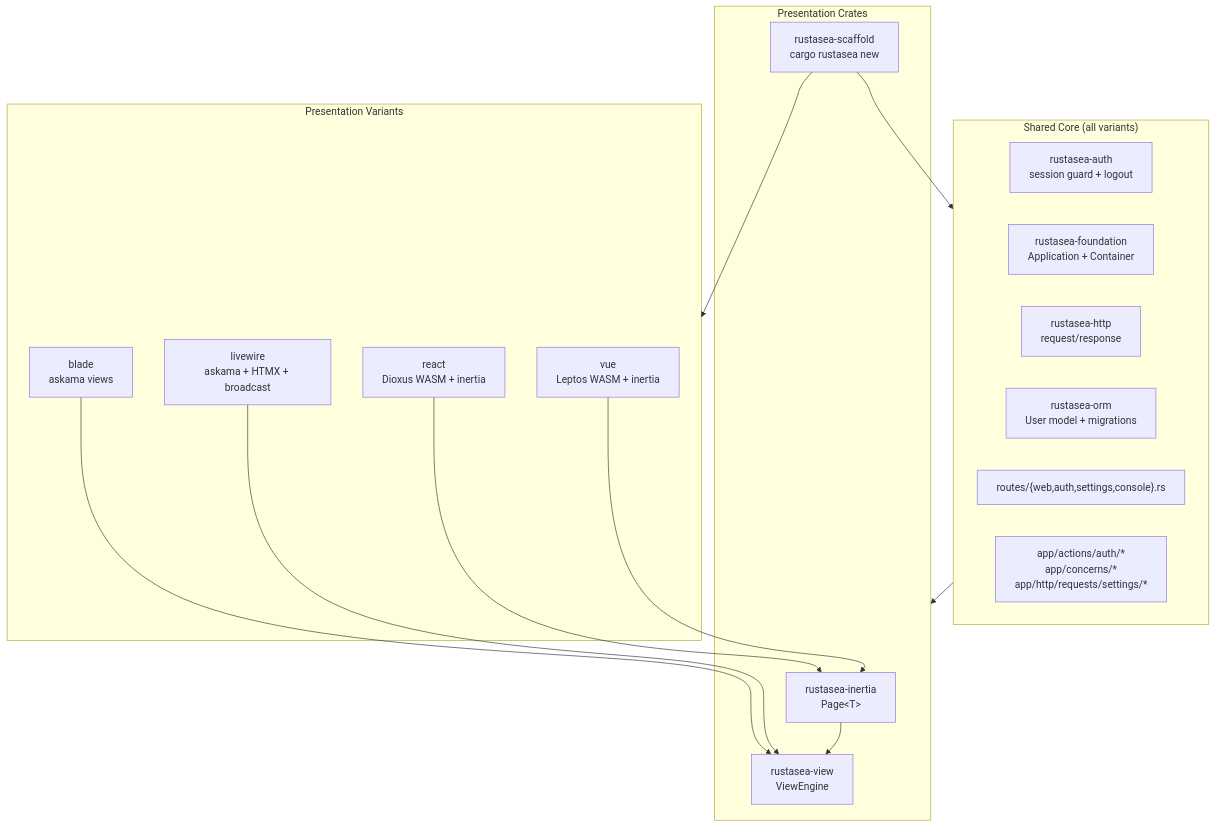
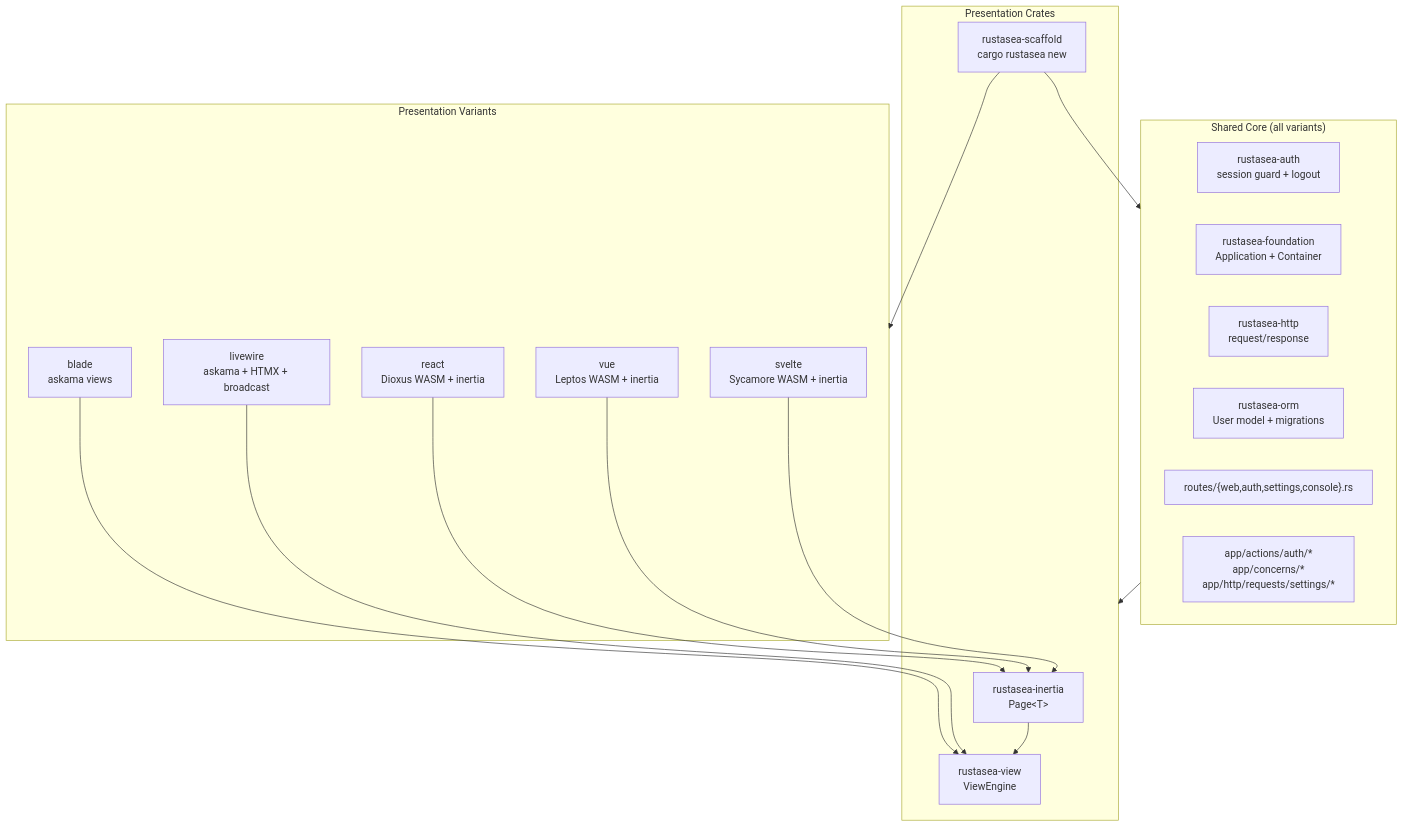
Before and after one commit to Mulyawan-ts/rustasea: the first of 2 diagrams in .agents/documents/design/starter-kit-architecture.md, drawn with Mermaid. The commit also changed other lines of this file and 9 other files, not shown here.

````diff
--- a/.agents/documents/design/starter-kit-architecture.md
+++ b/.agents/documents/design/starter-kit-architecture.md
@@ -47,30 +49,32 @@
 ```mermaid
 flowchart TB
   subgraph core["Shared Core (all variants)"]
     AUTH["rustasea-auth<br/>session guard + logout"]
     FND["rustasea-foundation<br/>Application + Container"]
     HTTP["rustasea-http<br/>request/response"]
     ORM["rustasea-orm<br/>User model + migrations"]
     ROUTES["routes/{web,auth,settings,console}.rs"]
     ACTIONS["app/actions/auth/*<br/>app/concerns/*<br/>app/http/requests/settings/*"]
   end
   subgraph present["Presentation Variants"]
     BLADE["blade<br/>askama views"]
     LIVE["livewire<br/>askama + HTMX + broadcast"]
     REACT["react<br/>Dioxus WASM + inertia"]
     VUE["vue<br/>Leptos WASM + inertia"]
+    SVELTE["svelte<br/>Sycamore WASM + inertia"]
   end
   subgraph engines["Presentation Crates"]
     VIEW["rustasea-view<br/>ViewEngine"]
     INERTIA["rustasea-inertia<br/>Page&lt;T&gt;"]
     SCAFFOLD["rustasea-scaffold<br/>cargo rustasea new"]
   end
   SCAFFOLD --> core
   SCAFFOLD --> present
   BLADE --> VIEW
   LIVE --> VIEW
   REACT --> INERTIA
   VUE --> INERTIA
+  SVELTE --> INERTIA
   INERTIA --> VIEW
   core --> engines
 ```
````
